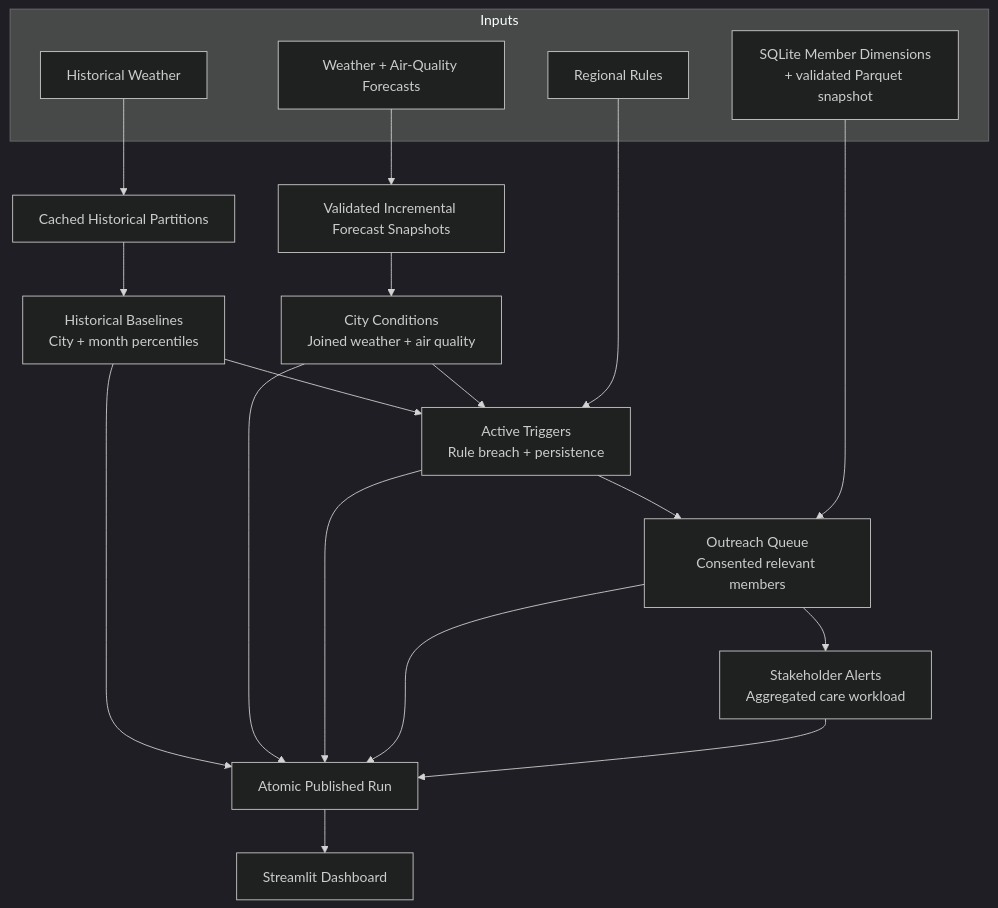
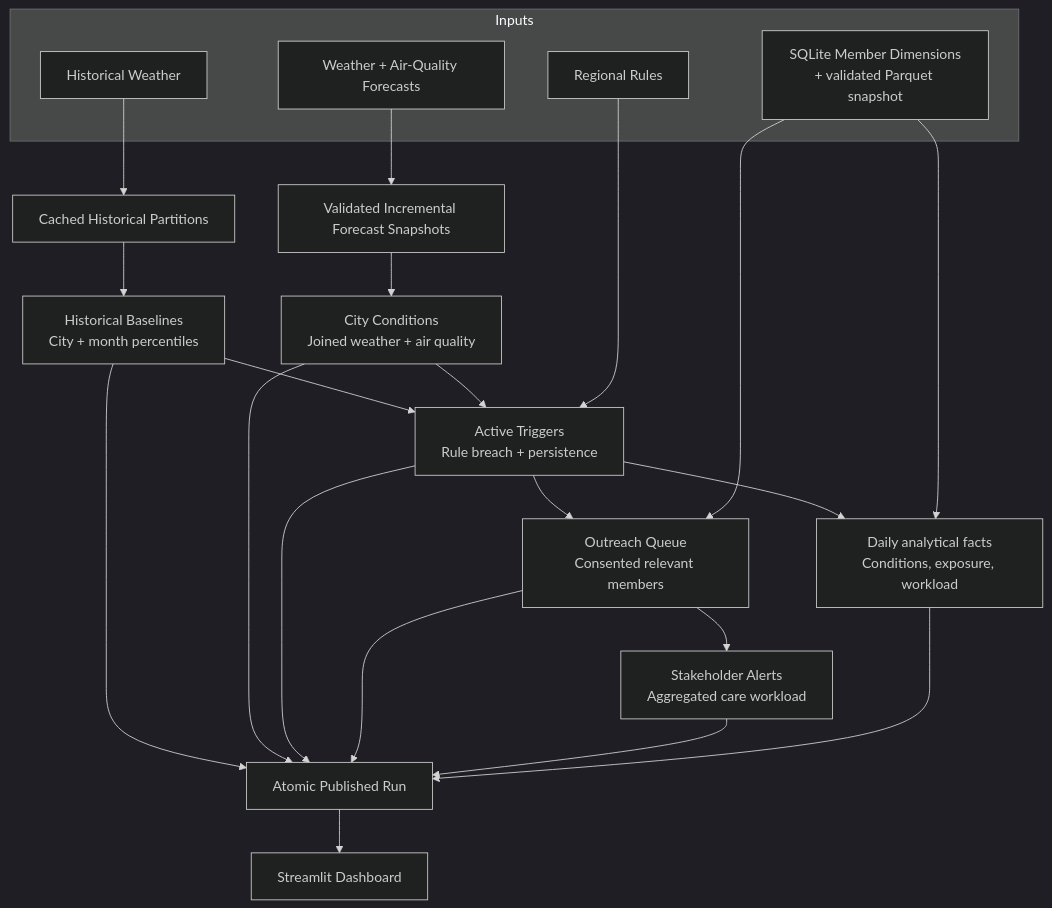
One commit to yasho6o4l999/CareSignalIndia changed the second of 3 diagrams in docs/architecture.md. Above: the diagram before and after it, drawn with Mermaid (dark theme). The commit also changed other lines of this file and 34 other files, not shown here.

````diff
--- a/docs/architecture.md
+++ b/docs/architecture.md
@@ -45,30 +45,33 @@
 ```mermaid
 flowchart TD
     subgraph Inputs["Inputs"]
         Forecasts["Weather + Air-Quality Forecasts"]
         History["Historical Weather"]
         Rules["Regional Rules"]
         Members["SQLite Member Dimensions<br/>+ validated Parquet snapshot"]
     end
 
     Forecasts --> RawForecast["Validated Incremental Forecast Snapshots"]
     History --> RawHistory["Cached Historical Partitions"]
 
     RawHistory --> Baselines["Historical Baselines<br/>City + month percentiles"]
     RawForecast --> Conditions["City Conditions<br/>Joined weather + air quality"]
 
     Baselines --> Triggers["Active Triggers<br/>Rule breach + persistence"]
     Conditions --> Triggers
     Rules --> Triggers
 
     Triggers --> Outreach["Outreach Queue<br/>Consented relevant members"]
     Members --> Outreach
     Outreach --> Alerts["Stakeholder Alerts<br/>Aggregated care workload"]
+    Triggers --> DailyFacts["Daily analytical facts<br/>Conditions, exposure, workload"]
+    Members --> DailyFacts
 
     Baselines --> Published["Atomic Published Run"]
     Conditions --> Published
     Triggers --> Published
     Outreach --> Published
     Alerts --> Published
+    DailyFacts --> Published
     Published --> Dashboard["Streamlit Dashboard"]
 ```
````
